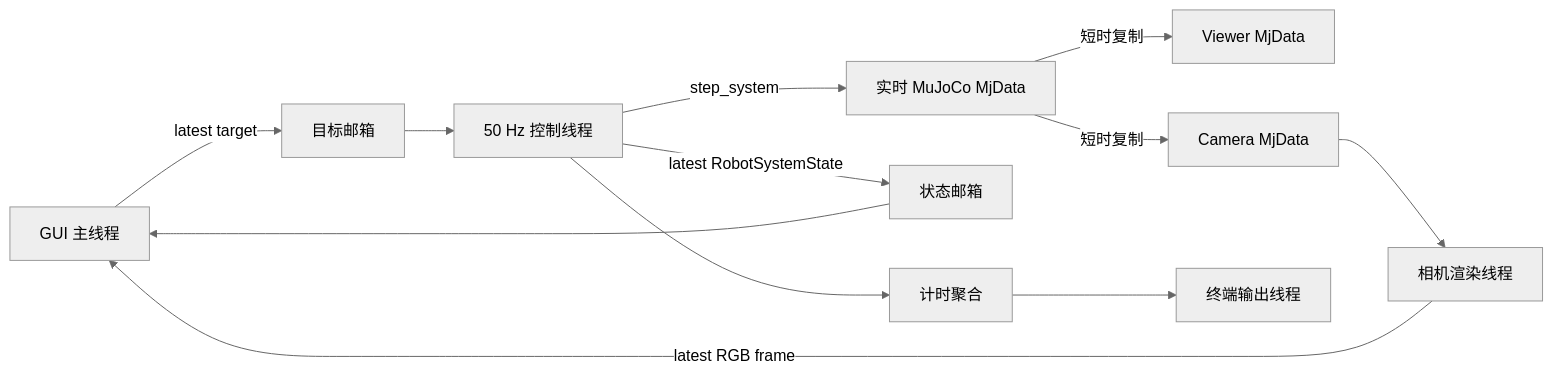
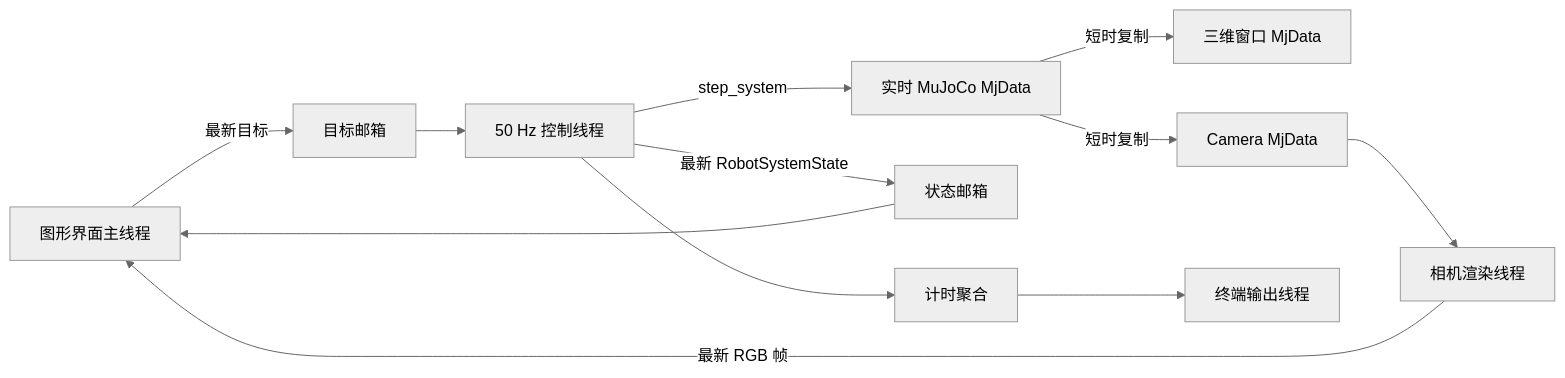
Before and after one commit to kxj0258/continuum_sim: the diagram in docs/superpowers/specs/2026-08-12-dual-channel-runtime-design.md, drawn with Mermaid (neutral theme). The commit also changed other lines of this file and 13 other files, not shown here.

````diff
--- a/docs/superpowers/specs/2026-08-12-dual-channel-runtime-design.md
+++ b/docs/superpowers/specs/2026-08-12-dual-channel-runtime-design.md
@@ -61,14 +61,14 @@
 ```mermaid
 flowchart LR
-    UI["GUI 主线程"] -->|latest target| Targets["目标邮箱"]
+    UI["图形界面主线程"] -->|最新目标| Targets["目标邮箱"]
     Targets --> Control["50 Hz 控制线程"]
     Control -->|step_system| Physics["实时 MuJoCo MjData"]
-    Control -->|latest RobotSystemState| State["状态邮箱"]
+    Control -->|最新 RobotSystemState| State["状态邮箱"]
     State --> UI
-    Physics -->|短时复制| ViewerData["Viewer MjData"]
+    Physics -->|短时复制| ViewerData["三维窗口 MjData"]
     Physics -->|短时复制| CameraData["Camera MjData"]
     CameraData --> CameraWorker["相机渲染线程"]
-    CameraWorker -->|latest RGB frame| UI
+    CameraWorker -->|最新 RGB 帧| UI
     Control --> Timing["计时聚合"]
     Timing --> Printer["终端输出线程"]
 ```
````
